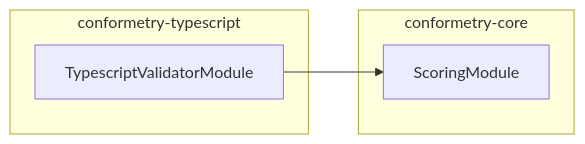
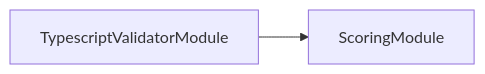
The second of 3 diagrams in packages/conformetry-typescript/README.md (JimmyPaolini/codebase), drawn with Mermaid before and after one commit. The commit also changed other lines of this file and 241 other files, not shown here.

First line of the commit message:
feat(codependix,synchronization,deployments,documentation,codebase): ✨ add the codependix dependency-graph export suite (#335)

````diff
--- a/packages/conformetry-typescript/README.md
+++ b/packages/conformetry-typescript/README.md
@@ -62,10 +162,6 @@
 ```mermaid
 flowchart LR
-  subgraph group0["conformetry-typescript"]
-    TypescriptValidatorModule
-  end
-  subgraph group1["conformetry-core"]
-    ScoringModule
-  end
+  ScoringModule
+  TypescriptValidatorModule
   TypescriptValidatorModule --> ScoringModule
 ```
````
